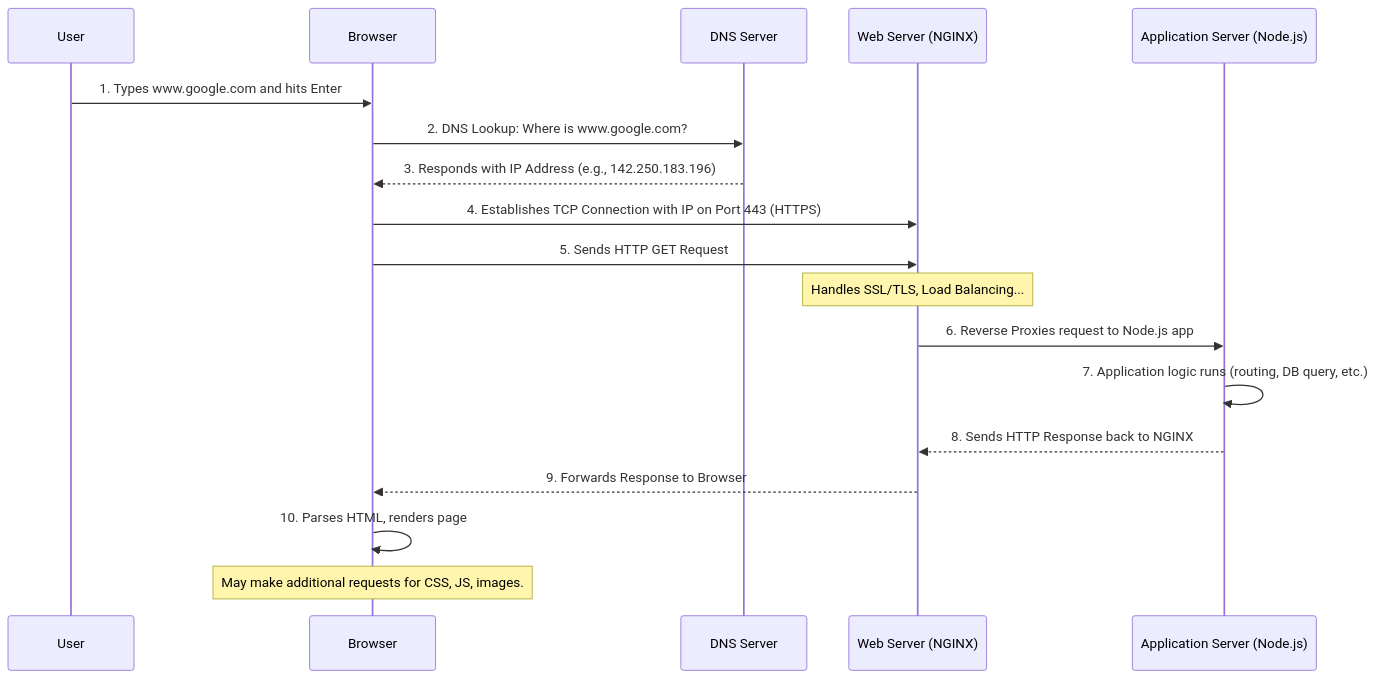
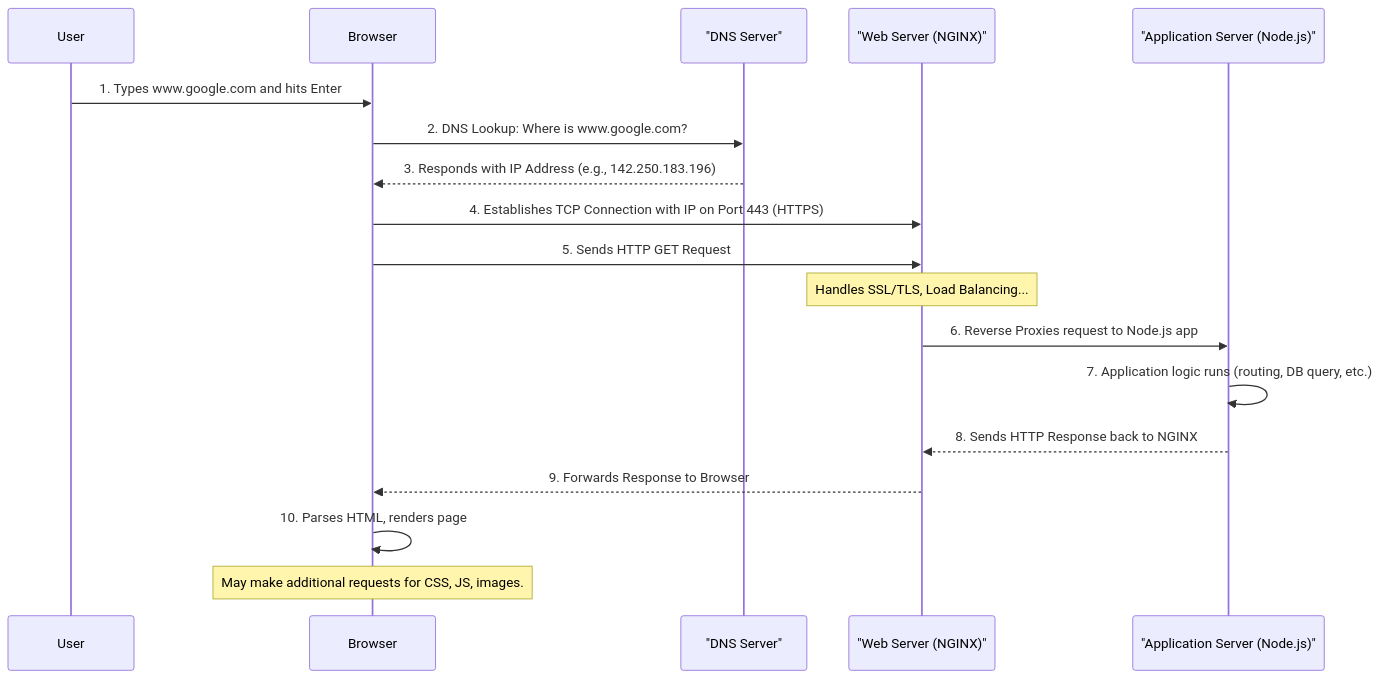
One commit to AltamashAhmad/Browser_and_Server_guide changed the third of 7 diagrams in README.md. Above: the diagram before and after it, drawn with Mermaid. The commit also changed other lines of this file, not shown here.

````diff
--- a/README.md
+++ b/README.md
@@ -132,21 +136,21 @@
 ```mermaid
 sequenceDiagram
     participant User
     participant Browser
-    participant DNS_Server as DNS Server
-    participant Web_Server as Web Server (NGINX)
-    participant App_Server as Application Server (Node.js)
+    participant "DNS Server"
+    participant "Web Server (NGINX)"
+    participant "Application Server (Node.js)"
 
     User->>Browser: 1. Types www.google.com and hits Enter
-    Browser->>DNS_Server: 2. DNS Lookup: Where is www.google.com?
-    DNS_Server-->>Browser: 3. Responds with IP Address (e.g., 142.250.183.196)
-    Browser->>Web_Server: 4. Establishes TCP Connection with IP on Port 443 (HTTPS)
-    Browser->>Web_Server: 5. Sends HTTP GET Request
-    Note over Web_Server: Handles SSL/TLS, Load Balancing...
-    Web_Server->>App_Server: 6. Reverse Proxies request to Node.js app
-    App_Server->>App_Server: 7. Application logic runs (routing, DB query, etc.)
-    App_Server-->>Web_Server: 8. Sends HTTP Response back to NGINX
-    Web_Server-->>Browser: 9. Forwards Response to Browser
+    Browser->>"DNS Server": 2. DNS Lookup: Where is www.google.com?
+    "DNS Server"-->>Browser: 3. Responds with IP Address (e.g., 142.250.183.196)
+    Browser->>"Web Server (NGINX)": 4. Establishes TCP Connection with IP on Port 443 (HTTPS)
+    Browser->>"Web Server (NGINX)": 5. Sends HTTP GET Request
+    Note over "Web Server (NGINX)": Handles SSL/TLS, Load Balancing...
+    "Web Server (NGINX)"->>"Application Server (Node.js)": 6. Reverse Proxies request to Node.js app
+    "Application Server (Node.js)"->>"Application Server (Node.js)": 7. Application logic runs (routing, DB query, etc.)
+    "Application Server (Node.js)"-->>"Web Server (NGINX)": 8. Sends HTTP Response back to NGINX
+    "Web Server (NGINX)"-->>Browser: 9. Forwards Response to Browser
     Browser->>Browser: 10. Parses HTML, renders page
     Note over Browser: May make additional requests for CSS, JS, images.
 ```
````
